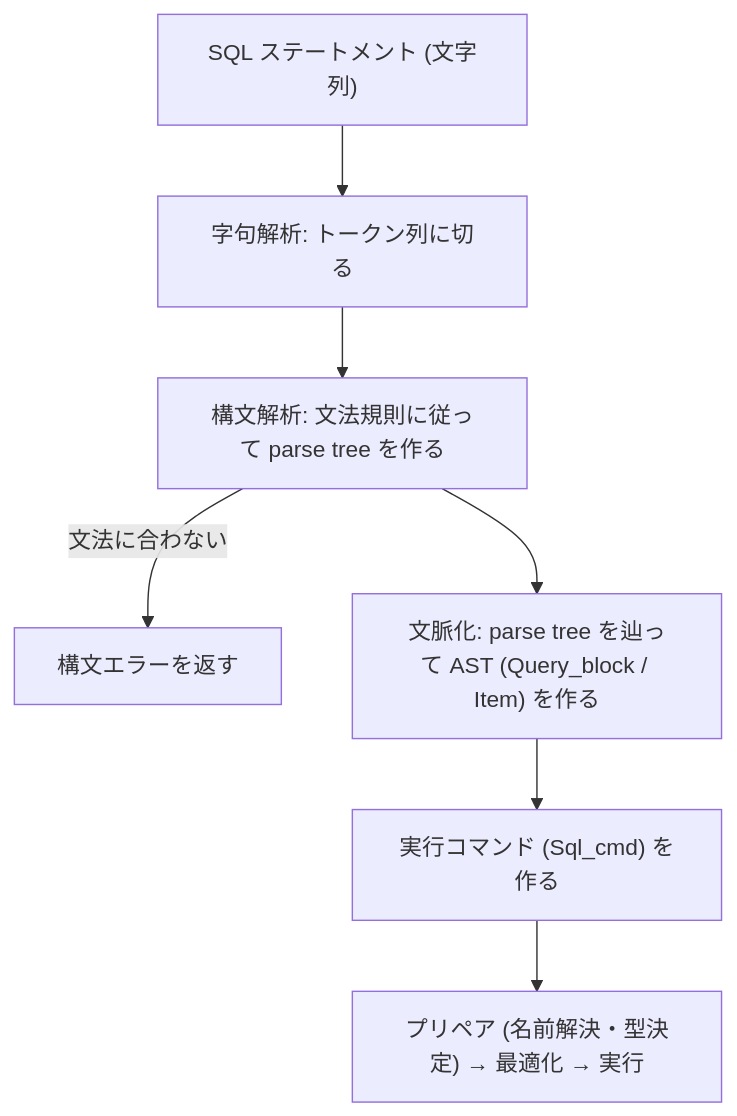
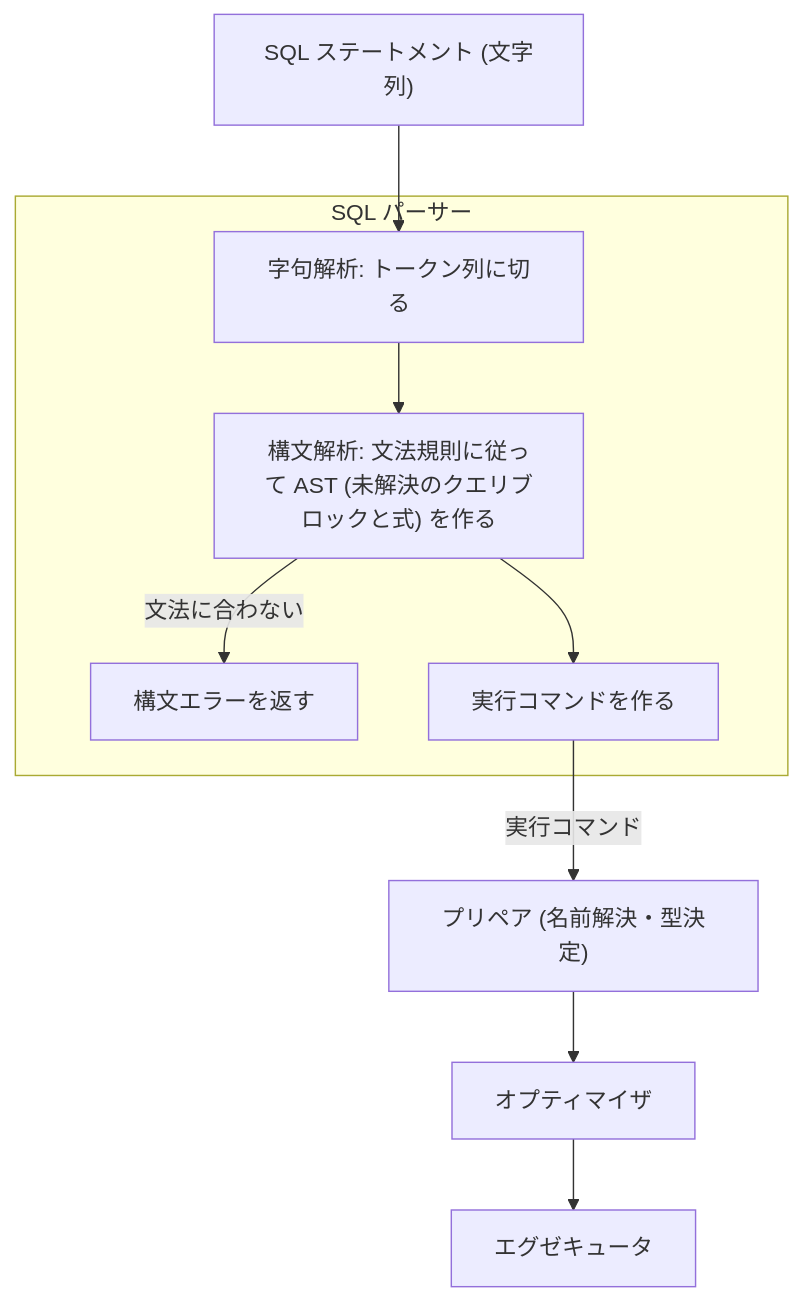
Before and after one commit to ren-yamanashi/minesql: the first of 2 diagrams in docs/specification/parser/sql_parser.md, drawn with Mermaid. The commit also changed other lines of this file and 1 other file, not shown here.

````diff
--- a/docs/specification/parser/sql_parser.md
+++ b/docs/specification/parser/sql_parser.md
@@ -37,9 +27,13 @@
 ```mermaid
 flowchart TD
-    A["SQL ステートメント (文字列)"] --> L["字句解析: トークン列に切る"]
-    L --> P["構文解析: 文法規則に従って parse tree を作る"]
-    P -- "文法に合わない" --> E["構文エラーを返す"]
-    P --> C["文脈化: parse tree を辿って AST (Query_block / Item) を作る"]
-    C --> S["実行コマンド (Sql_cmd) を作る"]
-    S --> N["プリペア (名前解決・型決定) → 最適化 → 実行"]
+    A["SQL ステートメント (文字列)"]
+    subgraph parser ["SQL パーサー"]
+        L["字句解析: トークン列に切る"] --> P["構文解析: 文法規則に従って AST (未解決のクエリブロックと式) を作る"]
+        P -- "文法に合わない" --> E["構文エラーを返す"]
+        P --> S["実行コマンドを作る"]
+    end
+    A --> L
+    S -->|"実行コマンド"| PR["プリペア (名前解決・型決定)"]
+    PR --> O["オプティマイザ"]
+    O --> X["エグゼキュータ"]
 ```
````
